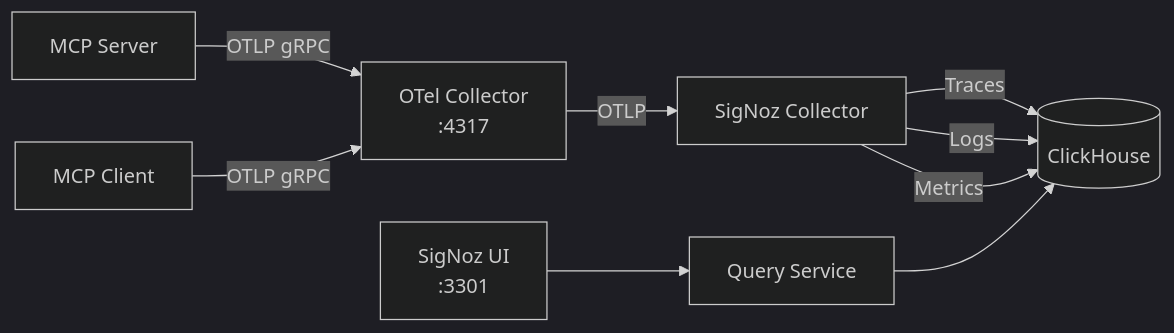
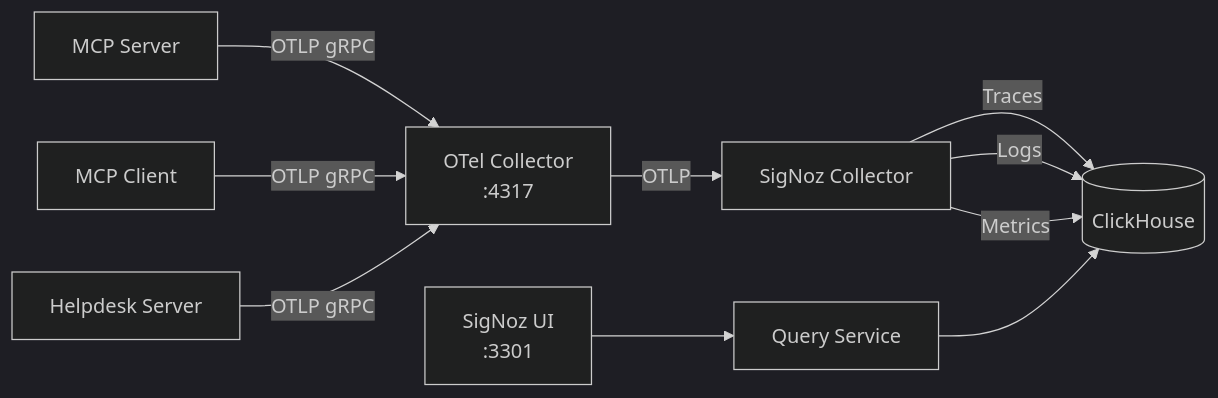
Before and after one commit to Isprava/lohono-db-connect: the fourth of 5 diagrams in README.md, drawn with Mermaid (dark theme). The commit also changed other lines of this file and 1 other file, not shown here.

````diff
--- a/README.md
+++ b/README.md
@@ -46,11 +77,12 @@
 ```mermaid
 graph LR
     Server["MCP Server"] -->|OTLP gRPC| OTel["OTel Collector<br/>:4317"]
     Client["MCP Client"] -->|OTLP gRPC| OTel
+    Helpdesk["Helpdesk Server"] -->|OTLP gRPC| OTel
     OTel -->|OTLP| SigOTel["SigNoz Collector"]
     SigOTel -->|Traces| CH[("ClickHouse")]
     SigOTel -->|Logs| CH
     SigOTel -->|Metrics| CH
     QS["Query Service"] --> CH
     FE["SigNoz UI<br/>:3301"] --> QS
 ```
````
